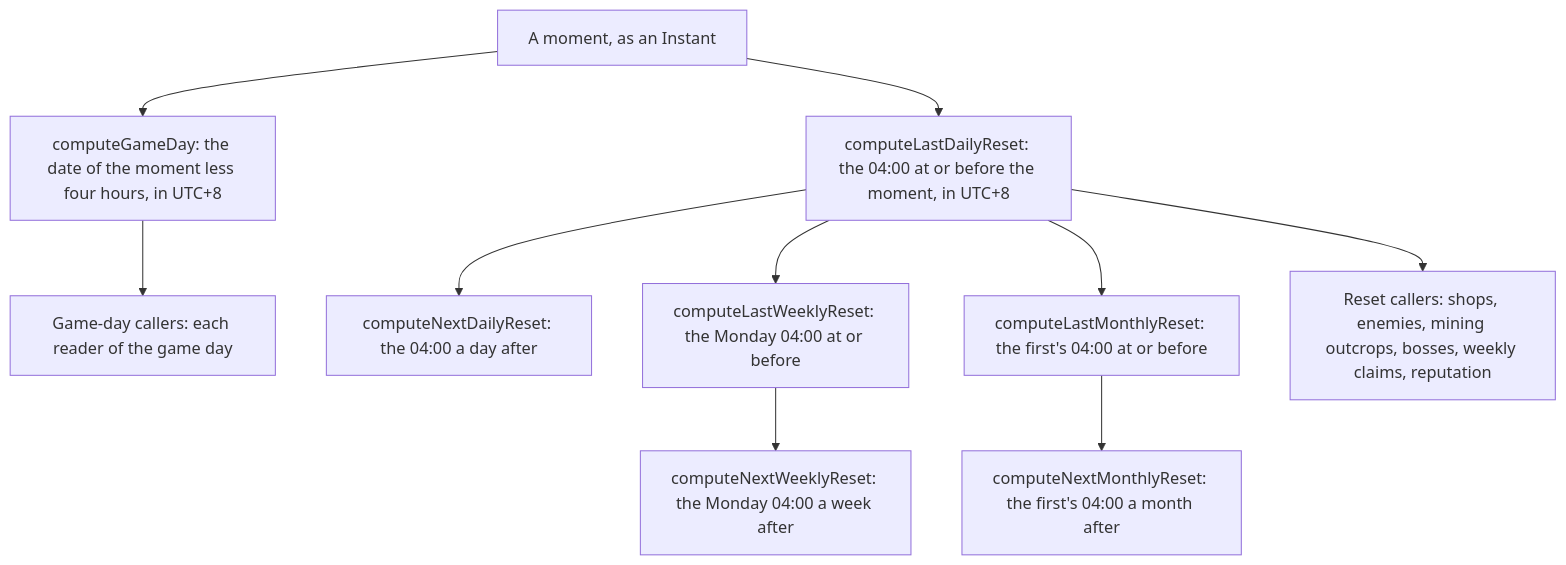
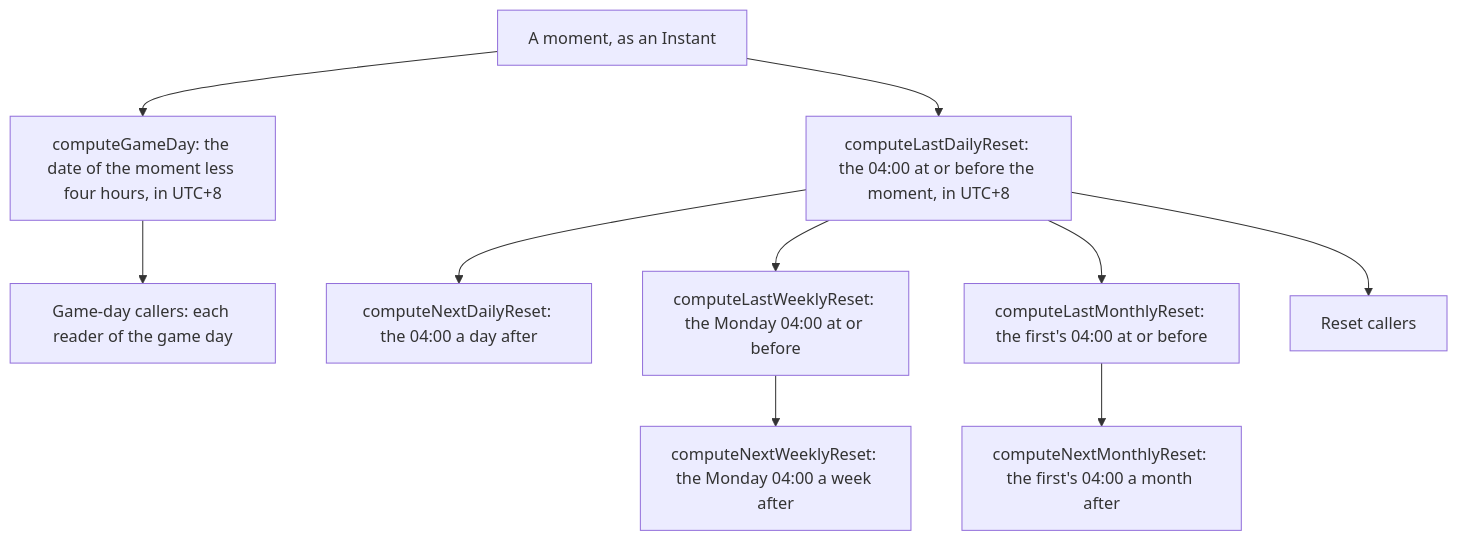
The diagram in openspec/specs/genshin/reset-clock/design.md (Esposter/Esposter), drawn with Mermaid before and after one commit. The commit also changed other lines of this file and 15 other files, not shown here.

````diff
--- a/openspec/specs/genshin/reset-clock/design.md
+++ b/openspec/specs/genshin/reset-clock/design.md
@@ -7,12 +7,12 @@
 ```mermaid
 flowchart TD
   T["A moment, as an Instant"] --> GD["computeGameDay: the date of the moment less four hours, in UTC+8"]
   T --> LD["computeLastDailyReset: the 04:00 at or before the moment, in UTC+8"]
   LD --> ND["computeNextDailyReset: the 04:00 a day after"]
   LD --> LW["computeLastWeeklyReset: the Monday 04:00 at or before"]
   LW --> NW["computeNextWeeklyReset: the Monday 04:00 a week after"]
   LD --> LM["computeLastMonthlyReset: the first's 04:00 at or before"]
   LM --> NM["computeNextMonthlyReset: the first's 04:00 a month after"]
   GD --> G["Game-day callers: each reader of the game day"]
-  LD --> D["Reset callers: shops, enemies, mining outcrops, bosses, weekly claims, reputation"]
+  LD --> D["Reset callers"]
 ```
````
